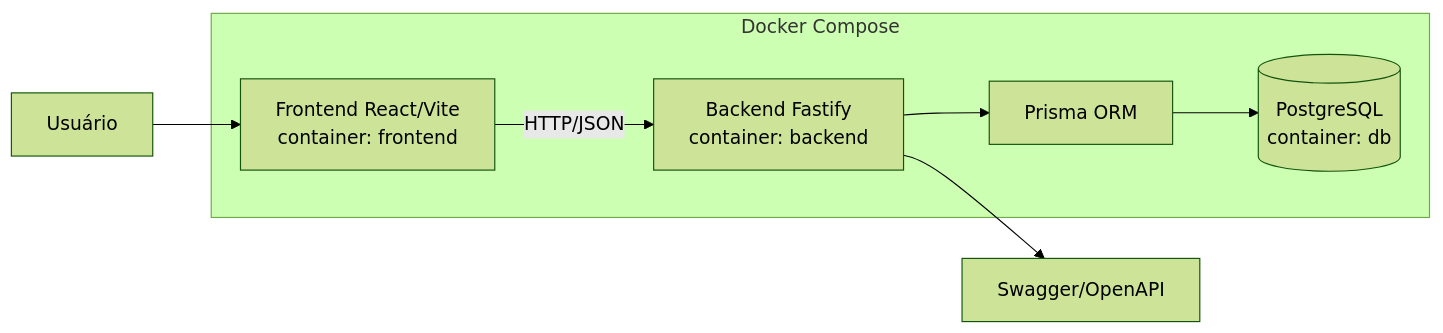
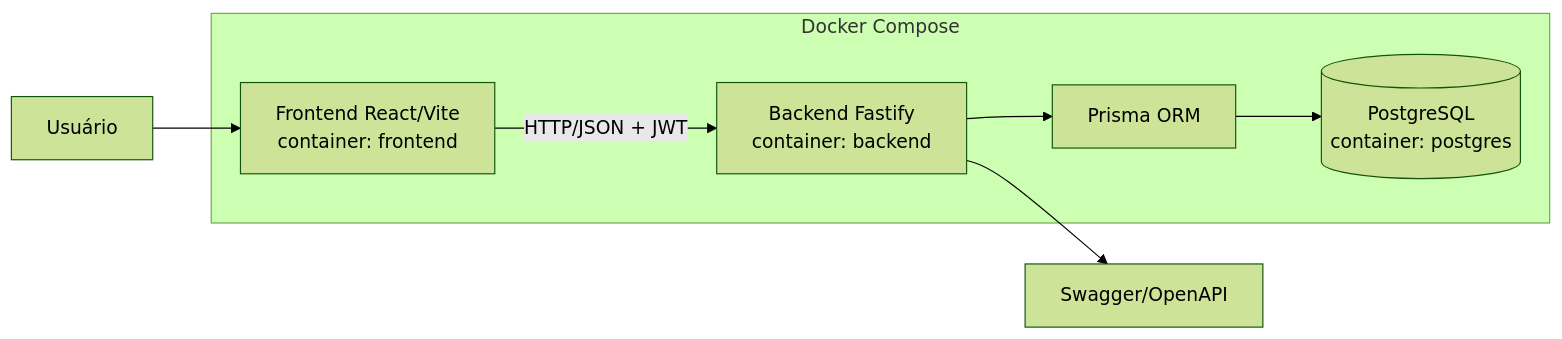
One commit to PHnsilva/Meritum changed the first of 2 diagrams in README.md. Above: the diagram before and after it, drawn with Mermaid (forest theme). The commit also changed other lines of this file and 1 other file, not shown here.

````diff
--- a/README.md
+++ b/README.md
@@ -145,15 +143,15 @@
 ```mermaid
 flowchart LR
   U[Usuário] --> F["Frontend React/Vite\ncontainer: frontend"]
-  F -->|HTTP/JSON| B["Backend Fastify\ncontainer: backend"]
+  F -->|HTTP/JSON + JWT| B["Backend Fastify\ncontainer: backend"]
   B --> P[Prisma ORM]
-  P --> DB[("PostgreSQL\ncontainer: db")]
+  P --> DB[("PostgreSQL\ncontainer: postgres")]
   B --> S[Swagger/OpenAPI]
 
   subgraph Docker Compose
     F
     B
     P
     DB
   end
 ```
````
